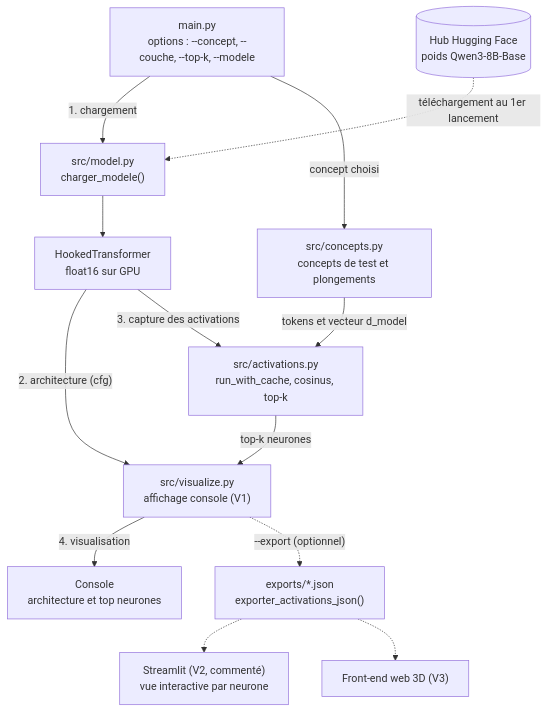
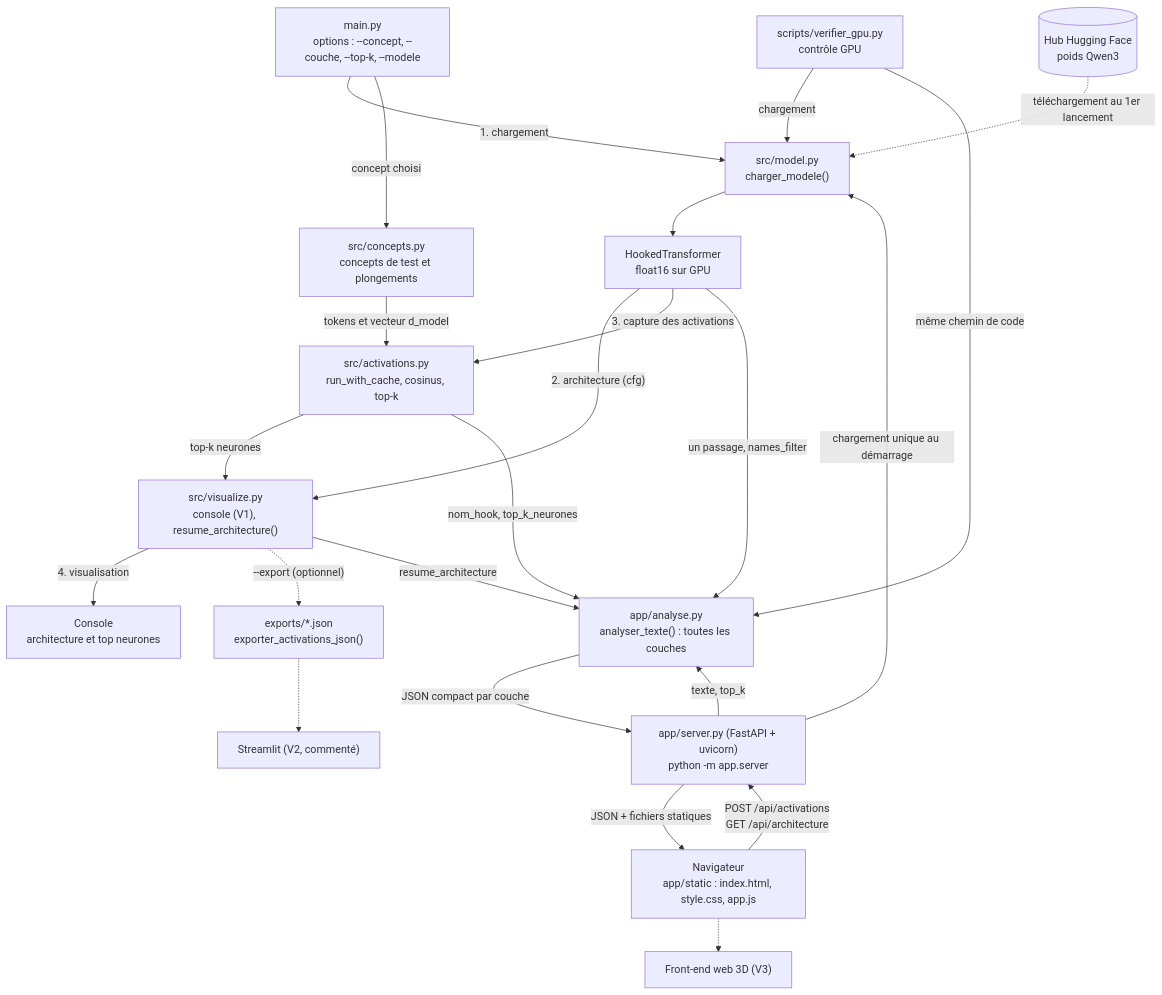
Before and after one commit to OSSELINAlexandre/CyberSecLLM: the diagram in README.md, drawn with Mermaid. The commit also changed other lines of this file and 10 other files, not shown here.

First line of the commit message:
Ajout d'une première interface graphique web (FastAPI + HTML/CSS/JS)

````diff
--- a/README.md
+++ b/README.md
@@ -137,27 +228,41 @@
 ```mermaid
 flowchart TD
     CLI["main.py<br/>options : --concept, --couche, --top-k, --modele"]
-    HF[("Hub Hugging Face<br/>poids Qwen3-8B-Base")]
+    SRV["app/server.py (FastAPI + uvicorn)<br/>python -m app.server"]
+    NAV["Navigateur<br/>app/static : index.html, style.css, app.js"]
+    VERIF["scripts/verifier_gpu.py<br/>contrôle GPU"]
+    HF[("Hub Hugging Face<br/>poids Qwen3")]
     MODEL["src/model.py<br/>charger_modele()"]
     HT["HookedTransformer<br/>float16 sur GPU"]
     CONCEPTS["src/concepts.py<br/>concepts de test et plongements"]
     ACTS["src/activations.py<br/>run_with_cache, cosinus, top-k"]
-    VIZ["src/visualize.py<br/>affichage console (V1)"]
+    ANALYSE["app/analyse.py<br/>analyser_texte() : toutes les couches"]
+    VIZ["src/visualize.py<br/>console (V1), resume_architecture()"]
     CONSOLE["Console<br/>architecture et top neurones"]
     JSON["exports/*.json<br/>exporter_activations_json()"]
-    ST["Streamlit (V2, commenté)<br/>vue interactive par neurone"]
-    FRONT["Front-end web 3D (V3)"]
+    ST["Streamlit (V2, commenté)"]
+    FRONT3D["Front-end web 3D (V3)"]
 
     CLI -->|"1. chargement"| MODEL
+    SRV -->|"chargement unique au démarrage"| MODEL
+    VERIF -->|"chargement"| MODEL
     HF -.->|"téléchargement au 1er lancement"| MODEL
     MODEL --> HT
     HT -->|"2. architecture (cfg)"| VIZ
     CLI -->|"concept choisi"| CONCEPTS
     CONCEPTS -->|"tokens et vecteur d_model"| ACTS
     HT -->|"3. capture des activations"| ACTS
     ACTS -->|"top-k neurones"| VIZ
     VIZ -->|"4. visualisation"| CONSOLE
     VIZ -.->|"--export (optionnel)"| JSON
     JSON -.-> ST
-    JSON -.-> FRONT
+    NAV -->|"POST /api/activations<br/>GET /api/architecture"| SRV
+    SRV -->|"texte, top_k"| ANALYSE
+    VERIF -->|"même chemin de code"| ANALYSE
+    HT -->|"un passage, names_filter"| ANALYSE
+    ACTS -->|"nom_hook, top_k_neurones"| ANALYSE
+    VIZ -->|"resume_architecture"| ANALYSE
+    ANALYSE -->|"JSON compact par couche"| SRV
+    SRV -->|"JSON + fichiers statiques"| NAV
+    NAV -.-> FRONT3D
 ```
````
